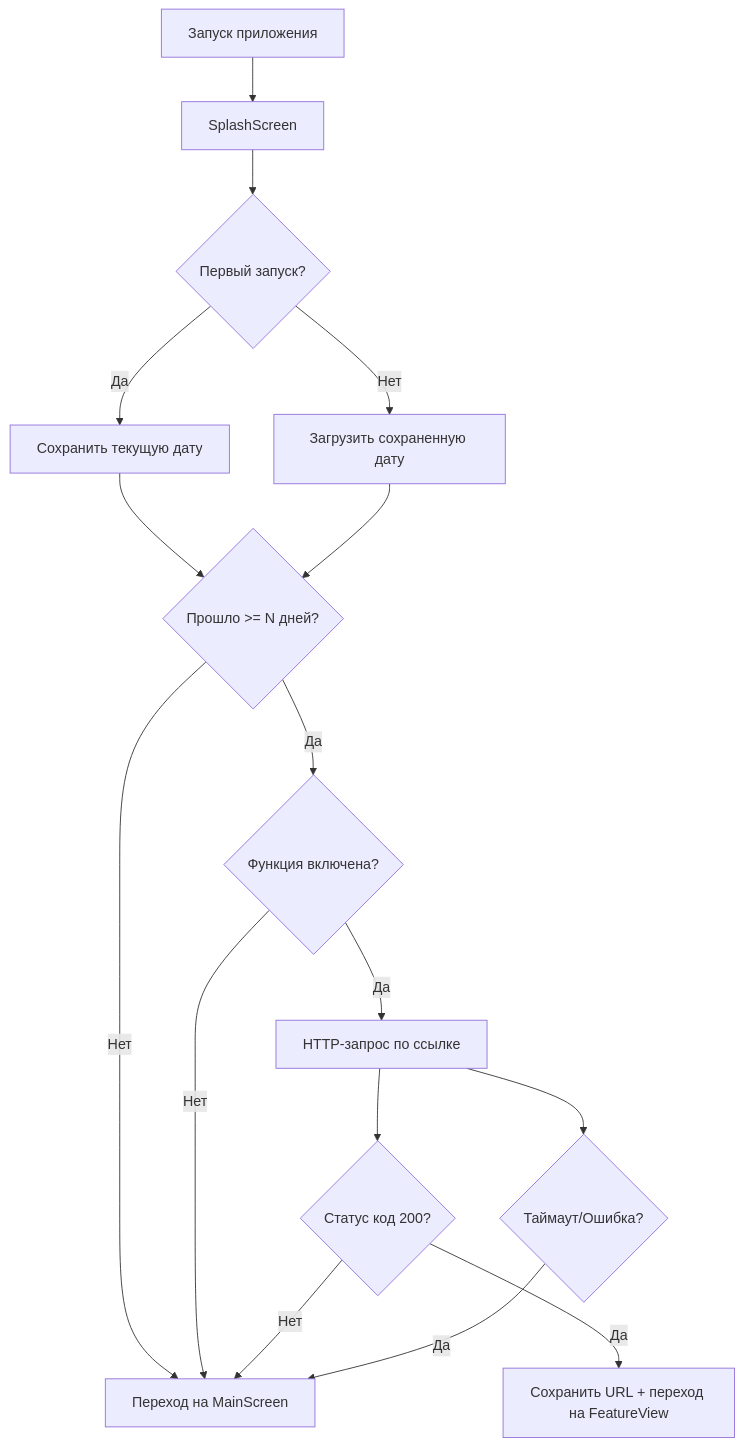
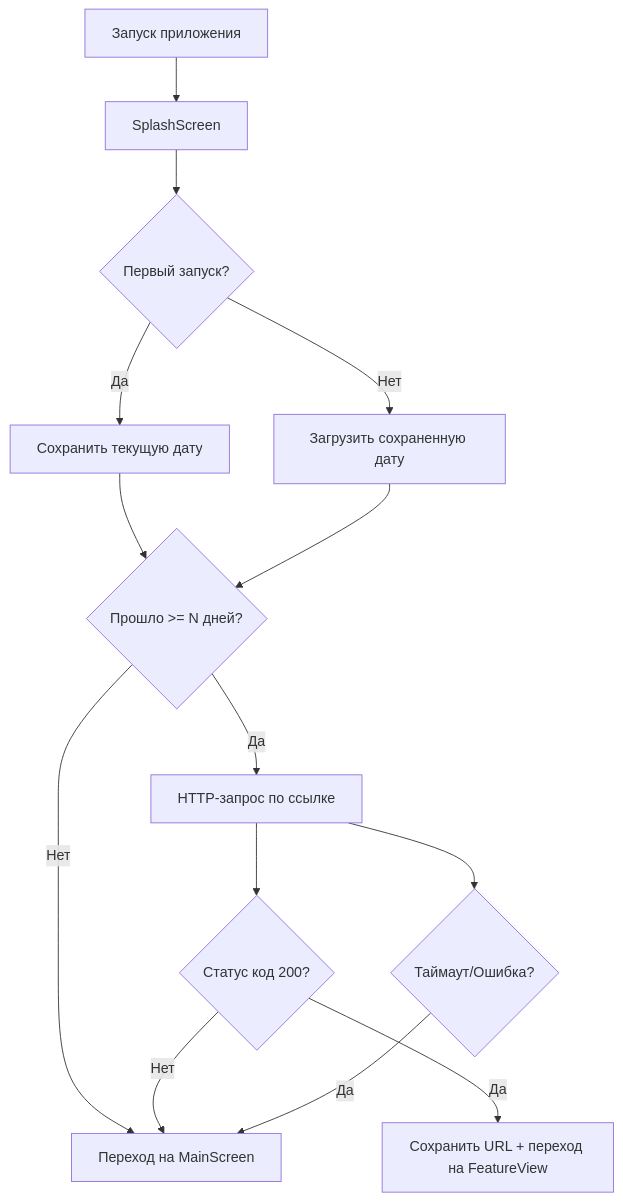
Before and after one commit to TST-TEAM-APPS/splash_remote: the diagram in README.md, drawn with Mermaid. The commit also changed other lines of this file and 5 other files, not shown here.

````diff
--- a/README.md
+++ b/README.md
@@ -32,18 +32,16 @@
 ```mermaid
 graph TD
     A[Запуск приложения] --> B[SplashScreen]
     B --> C{Первый запуск?}
     C -->|Да| D[Сохранить текущую дату]
     C -->|Нет| E[Загрузить сохраненную дату]
     D --> F{Прошло >= N дней?}
     E --> F
     F -->|Нет| G[Переход на MainScreen]
-    F -->|Да| H{Функция включена?}
-    H -->|Нет| G
-    H -->|Да| I[HTTP-запрос по ссылке]
-    I --> J{Статус код 200?}
-    J -->|Да| K[Сохранить URL + переход на FeatureView]
-    J -->|Нет| G
-    I --> L{Таймаут/Ошибка?}
-    L -->|Да| G
+    F -->|Да| H[HTTP-запрос по ссылке]
+    H --> I{Статус код 200?}
+    I -->|Да| J[Сохранить URL + переход на FeatureView]
+    I -->|Нет| G
+    H --> K{Таймаут/Ошибка?}
+    K -->|Да| G
 ```
````
